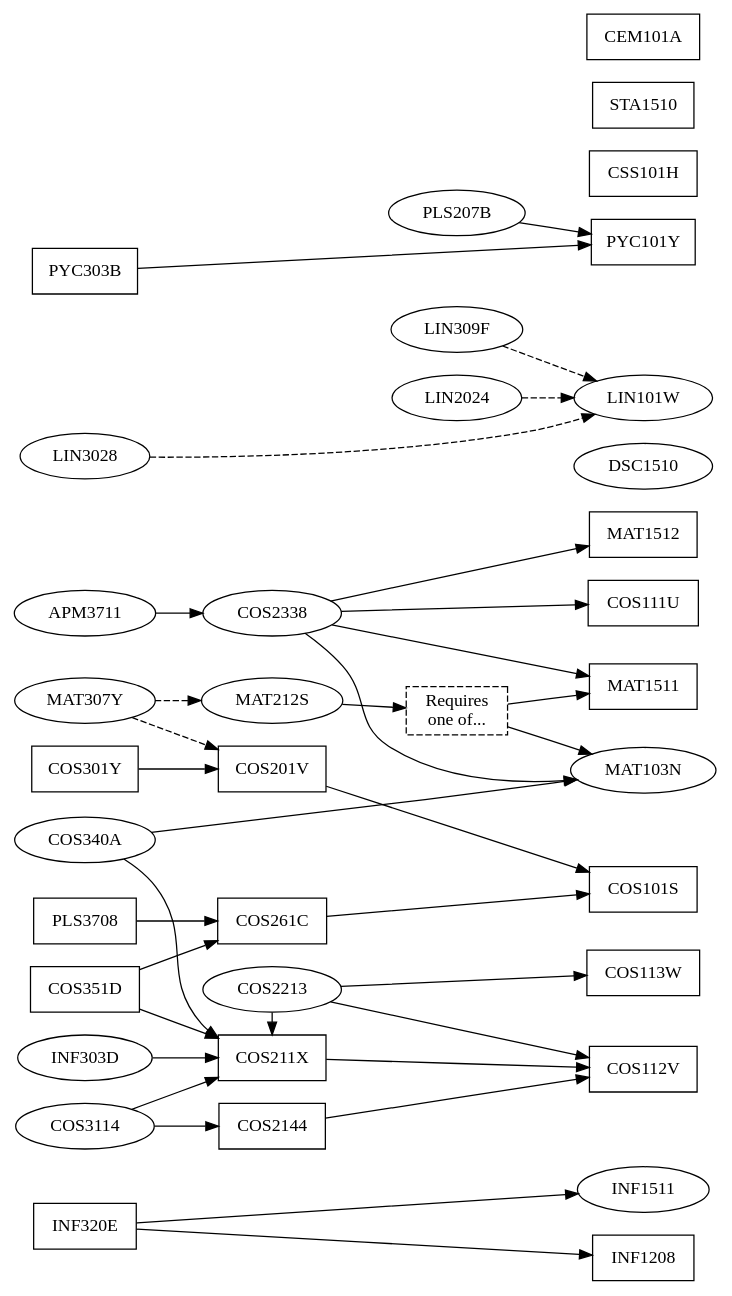
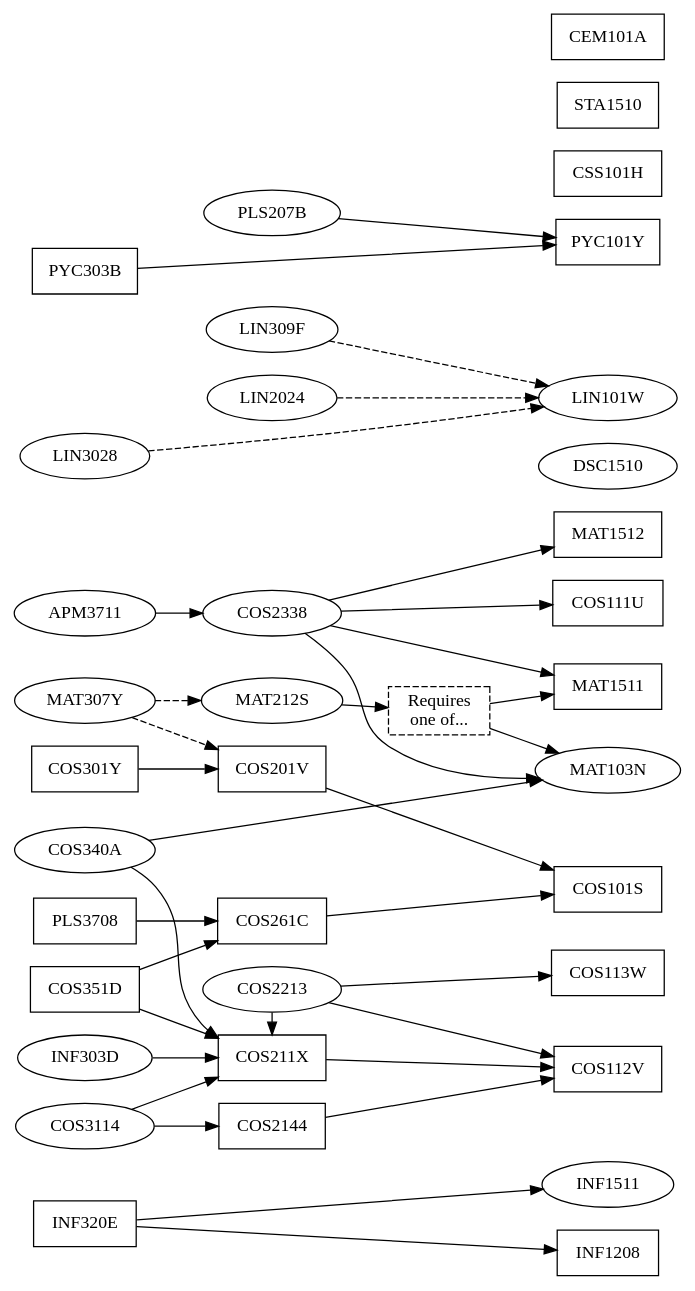
Before and after one commit to apauley/unisa-module-graph: the diagram in ComputationalIntelligence.dot, drawn with Graphviz.

Commit message:
Rank all optional second-level modules the same

```diff
--- a/ComputationalIntelligence.dot
+++ b/ComputationalIntelligence.dot
@@ -1,66 +1,65 @@
 digraph ComputationalIntelligence {
     node [shape=box];
     rankdir=LR;
 
     // Optional modules are ellipse-shaped
     INF1511 [shape=ellipse];
     MAT103N [shape=ellipse];
     DSC1510 [shape=ellipse];
     LIN101W [shape=ellipse];
 
     COS2213 [shape=ellipse];
     COS2338 [shape=ellipse];
     MAT212S [shape=ellipse];
     LIN309F [shape=ellipse];
     LIN2024 [shape=ellipse];
     PLS207B [shape=ellipse];
 
     COS3114 [shape=ellipse];
     APM3711 [shape=ellipse];
     MAT307Y [shape=ellipse];
     INF303D [shape=ellipse];
     LIN3028 [shape=ellipse];
     COS340A [shape=ellipse];
 
     {rank=same; COS301Y INF320E COS351D PLS3708}
     {rank=same; COS3114 APM3711 MAT307Y COS340A}
     {rank=same; INF303D LIN3028 PYC303B}
 
     {rank=same; COS201V COS211X COS261C COS2144}
-    {rank=same; COS2213 COS2338 MAT212S}
-    {rank=same; LIN309F LIN2024 PLS207B}
+    {rank=same; COS2213 COS2338 MAT212S LIN309F LIN2024 PLS207B}
 
     {rank=same; COS101S COS112V COS113W INF1208 MAT1512 MAT1511 MAT103N PYC101Y COS111U LIN101W INF1511}
     {rank=same; DSC1510 CSS101H STA1510 CEM101A}
     {rank=max; DSC1510 COS101S}
 
     COS301Y -> {COS201V}
     INF320E -> {INF1208 INF1511}
     COS351D -> {COS211X COS261C}
     PLS3708 -> {COS261C}
     PYC303B -> {PYC101Y}
 
     COS3114 -> {COS211X COS2144}
     APM3711 -> {COS2338}
     MAT307Y -> {MAT212S COS201V} [style=dashed]
     INF303D -> {COS211X}
     LIN3028 -> {LIN101W} [style=dashed]
     COS340A -> {COS211X MAT103N}
 
 
     COS201V -> {COS101S}
     COS211X -> {COS112V}
     COS261C -> {COS101S}
     COS2144 -> {COS112V}
 
     {rank=same; COS2213 COS211X}
     COS2213 -> {COS112V COS113W}
     COS2213 -> {COS211X}
     COS2338 -> {COS111U MAT103N MAT1511 MAT1512}
     MAT103OR151 [label="Requires\none of...", style=dashed];
     MAT212S -> {MAT103OR151}
     MAT103OR151 -> {MAT103N MAT1511}
     LIN309F -> {LIN101W} [style=dashed]
     LIN2024 -> {LIN101W} [style=dashed]
     PLS207B -> {PYC101Y}
 }
```
